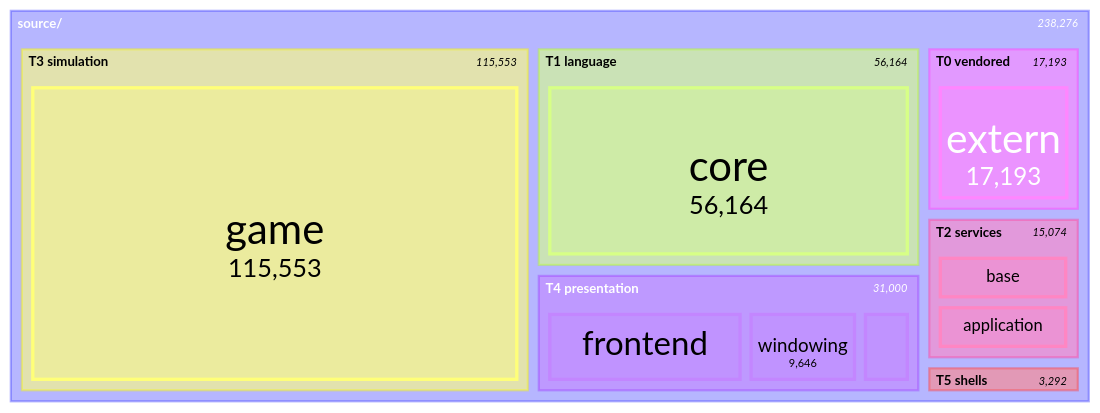
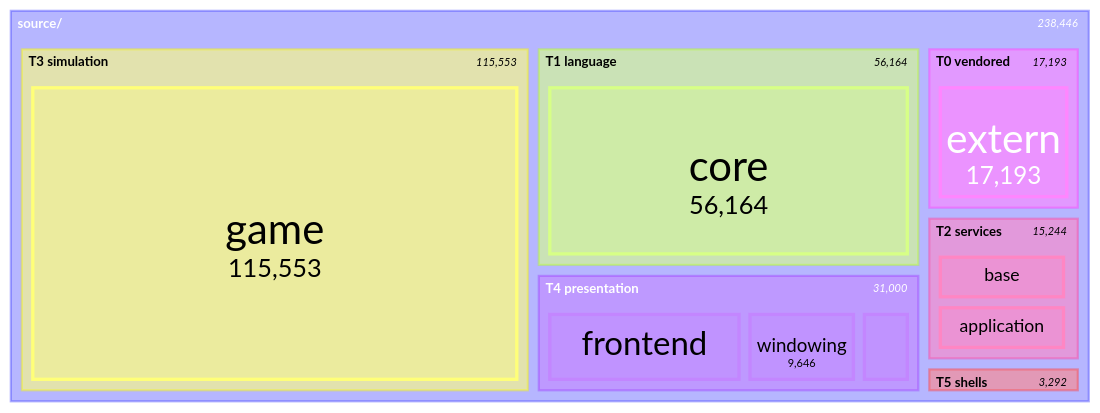
The seventh of 11 diagrams in docs/architecture/system-boundaries.md (apnex/OpenStarbound), drawn with Mermaid before and after one commit. The commit also changed other lines of this file and 6 other files, not shown here.

````diff
--- a/docs/architecture/system-boundaries.md
+++ b/docs/architecture/system-boundaries.md
@@ -583,22 +587,22 @@
 ```mermaid
 treemap-beta
 "source/"
     "T0 vendored"
         "extern": 17193
     "T1 language"
         "core": 56164
     "T2 services"
         "base": 7449
         "application": 7444
+        "metrics": 209
         "platform": 142
-        "metrics": 39
     "T3 simulation"
         "game": 115553
     "T4 presentation"
         "frontend": 16863
         "windowing": 9646
         "rendering": 4491
     "T5 shells"
         "client": 2509
         "server": 783
 ```
````
